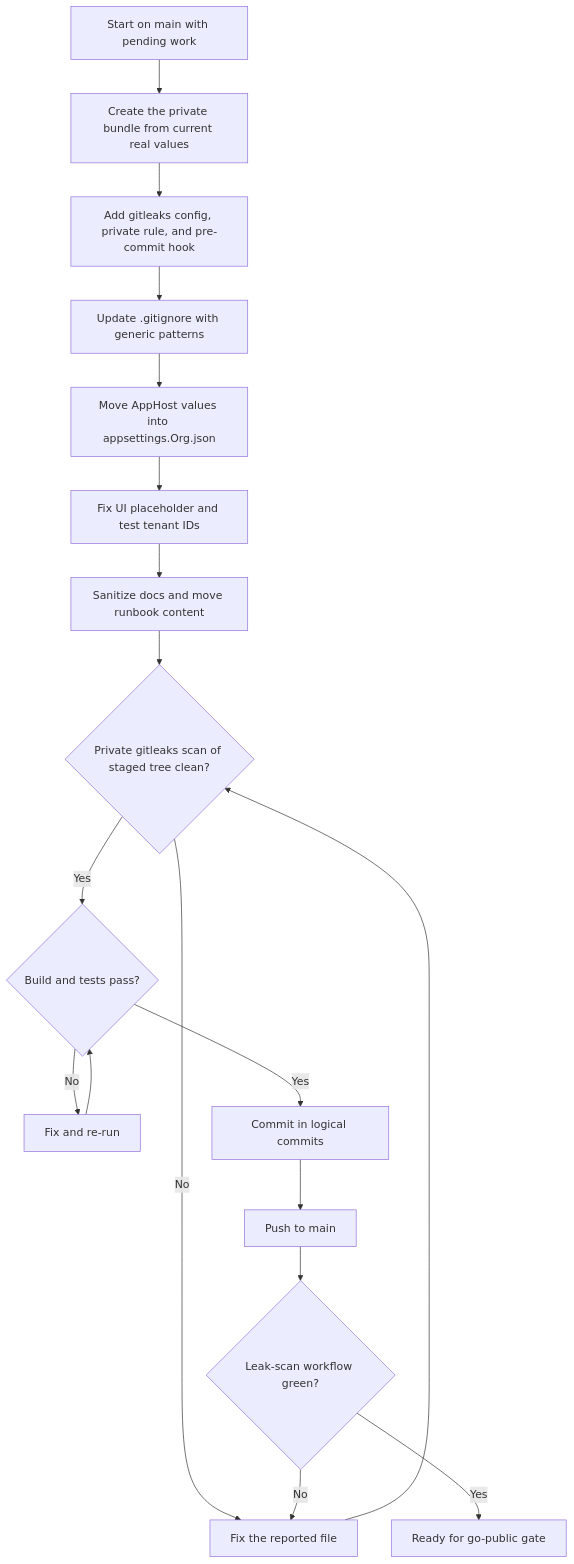
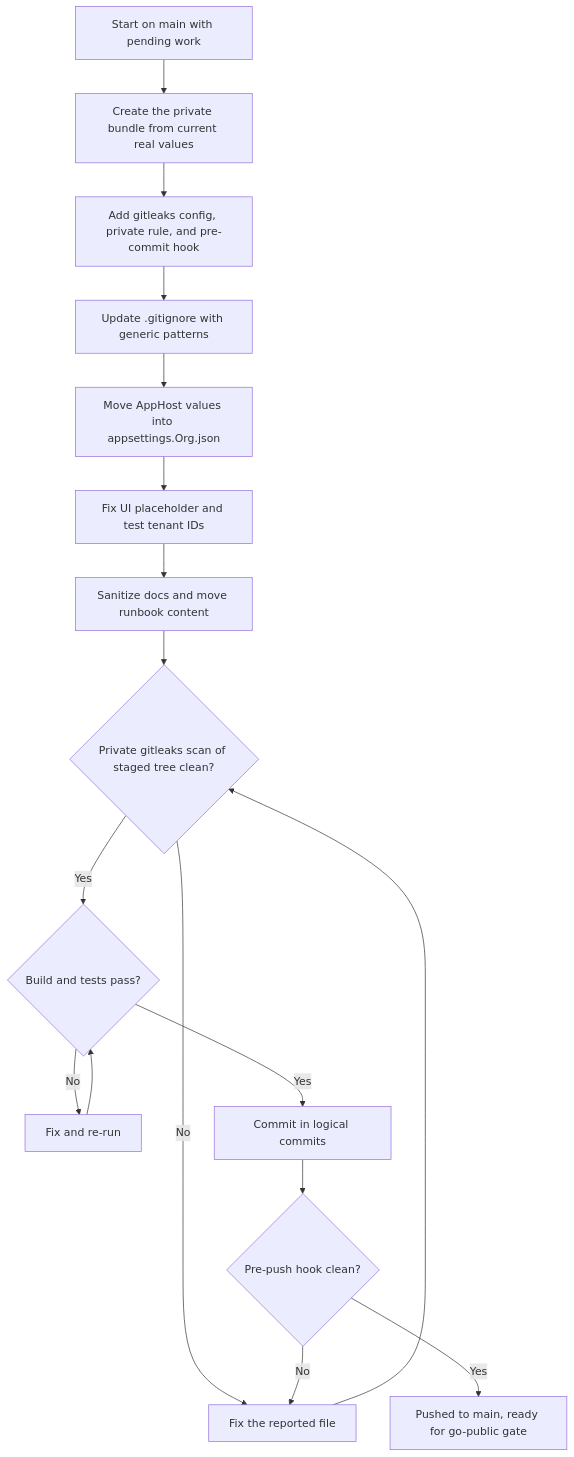
Before and after one commit to ADefWebserver/Blazor-Azure-Inventory: the third of 7 diagrams in Docs/public-release-and-org-config-plan.md, drawn with Mermaid. The commit also changed other lines of this file and 4 other files, not shown here.

Commit message:
chore(Security): Replace GitHub leak-scan workflow with a gitleaks pre-push hook

````diff
--- a/Docs/public-release-and-org-config-plan.md
+++ b/Docs/public-release-and-org-config-plan.md
@@ -297,20 +292,19 @@
 ```mermaid
 flowchart TD
     Start["Start on main with pending work"] --> Bundle["Create the private bundle from current real values"]
     Bundle --> Guard["Add gitleaks config, private rule, and pre-commit hook"]
     Guard --> Ignore["Update .gitignore with generic patterns"]
     Ignore --> AppHost["Move AppHost values into appsettings.Org.json"]
     AppHost --> Code["Fix UI placeholder and test tenant IDs"]
     Code --> Docs["Sanitize docs and move runbook content"]
     Docs --> Scan{"Private gitleaks scan of staged tree clean?"}
     Scan -->|"No"| Fix["Fix the reported file"]
     Fix --> Scan
     Scan -->|"Yes"| Build{"Build and tests pass?"}
     Build -->|"No"| FixBuild["Fix and re-run"]
     FixBuild --> Build
     Build -->|"Yes"| Commit["Commit in logical commits"]
-    Commit --> Push["Push to main"]
-    Push --> CI{"Leak-scan workflow green?"}
-    CI -->|"No"| Fix
-    CI -->|"Yes"| Done["Ready for go-public gate"]
+    Commit --> Push{"Pre-push hook clean?"}
+    Push -->|"No"| Fix
+    Push -->|"Yes"| Done["Pushed to main, ready for go-public gate"]
 ```
````
